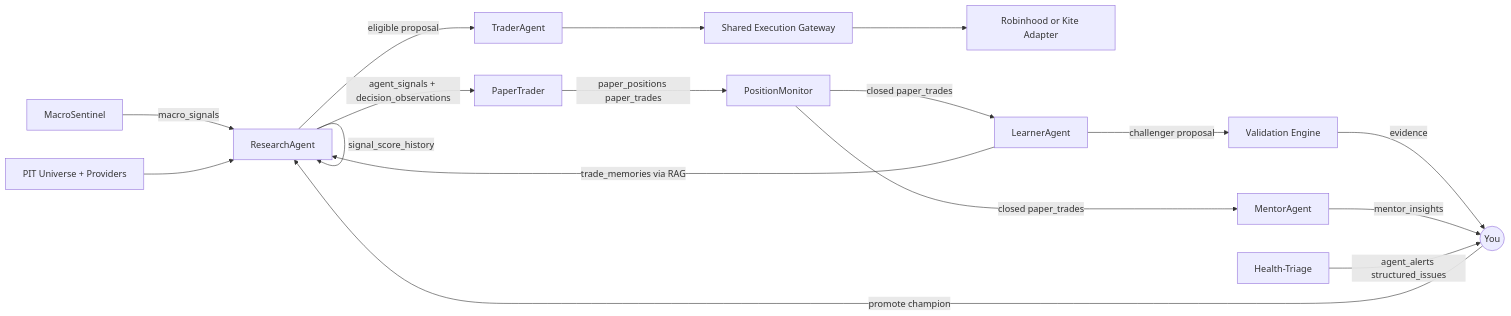
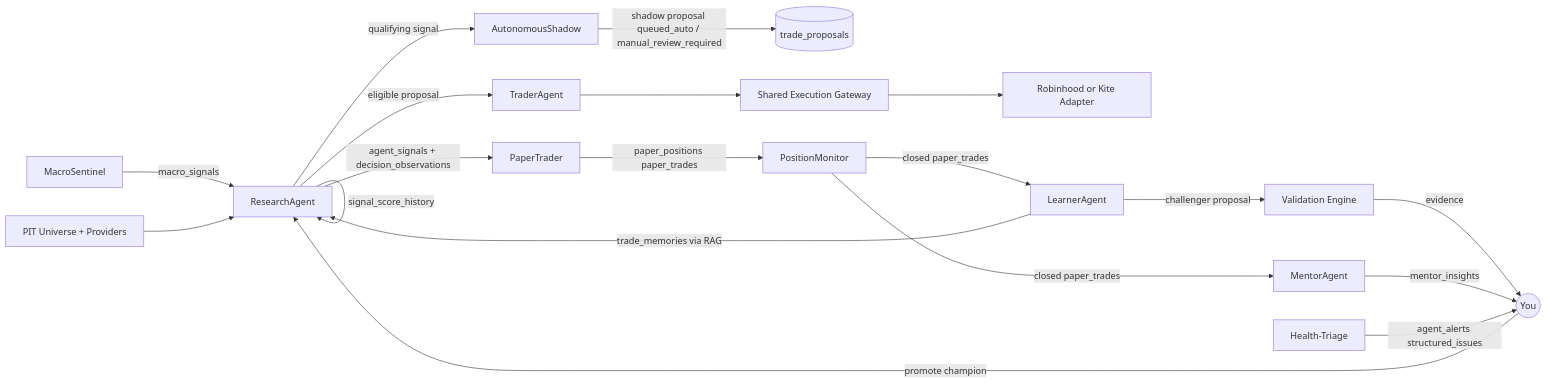
Before and after one commit to vaibhavtiwarigithub/financeos: the diagram in docs/arch/03-agents.md, drawn with Mermaid. The commit also changed other lines of this file and 7 other files, not shown here.

````diff
--- a/docs/arch/03-agents.md
+++ b/docs/arch/03-agents.md
@@ -15,19 +15,21 @@
 ```mermaid
 flowchart LR
   MACRO[MacroSentinel] --> |macro_signals| RESEARCH[ResearchAgent]
   UNIVERSE[PIT Universe + Providers] --> RESEARCH
   RESEARCH --> |agent_signals + decision_observations| PAPER[PaperTrader]
   RESEARCH --> |eligible proposal| TRADER[TraderAgent]
+  RESEARCH --> |qualifying signal| SHADOW[AutonomousShadow]
+  SHADOW --> |shadow proposal queued_auto / manual_review_required| PROPOSALS[(trade_proposals)]
   TRADER --> GATEWAY[Shared Execution Gateway]
   GATEWAY --> BROKER[Robinhood or Kite Adapter]
   RESEARCH --> |signal_score_history| RESEARCH
   PAPER --> |paper_positions paper_trades| MONITOR[PositionMonitor]
   MONITOR --> |closed paper_trades| LEARNER[LearnerAgent]
   LEARNER --> |challenger proposal| VALIDATE[Validation Engine]
   VALIDATE --> |evidence| USER((You))
   USER --> |promote champion| RESEARCH
   MONITOR --> |closed paper_trades| MENTOR[MentorAgent]
   MENTOR --> |mentor_insights| USER
   HEALTH[Health-Triage] --> |agent_alerts structured_issues| USER
   LEARNER --> |trade_memories via RAG| RESEARCH
 ```
````
